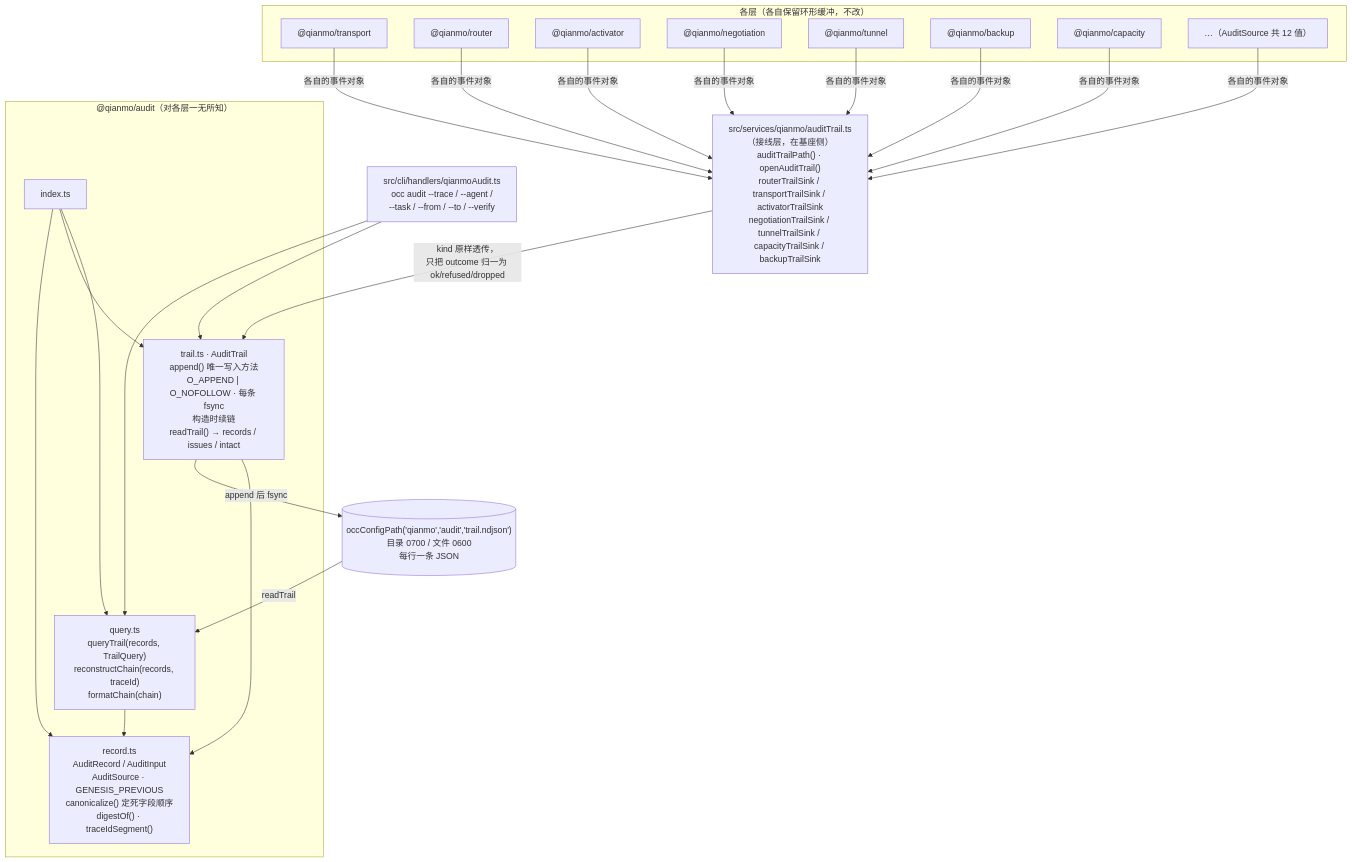
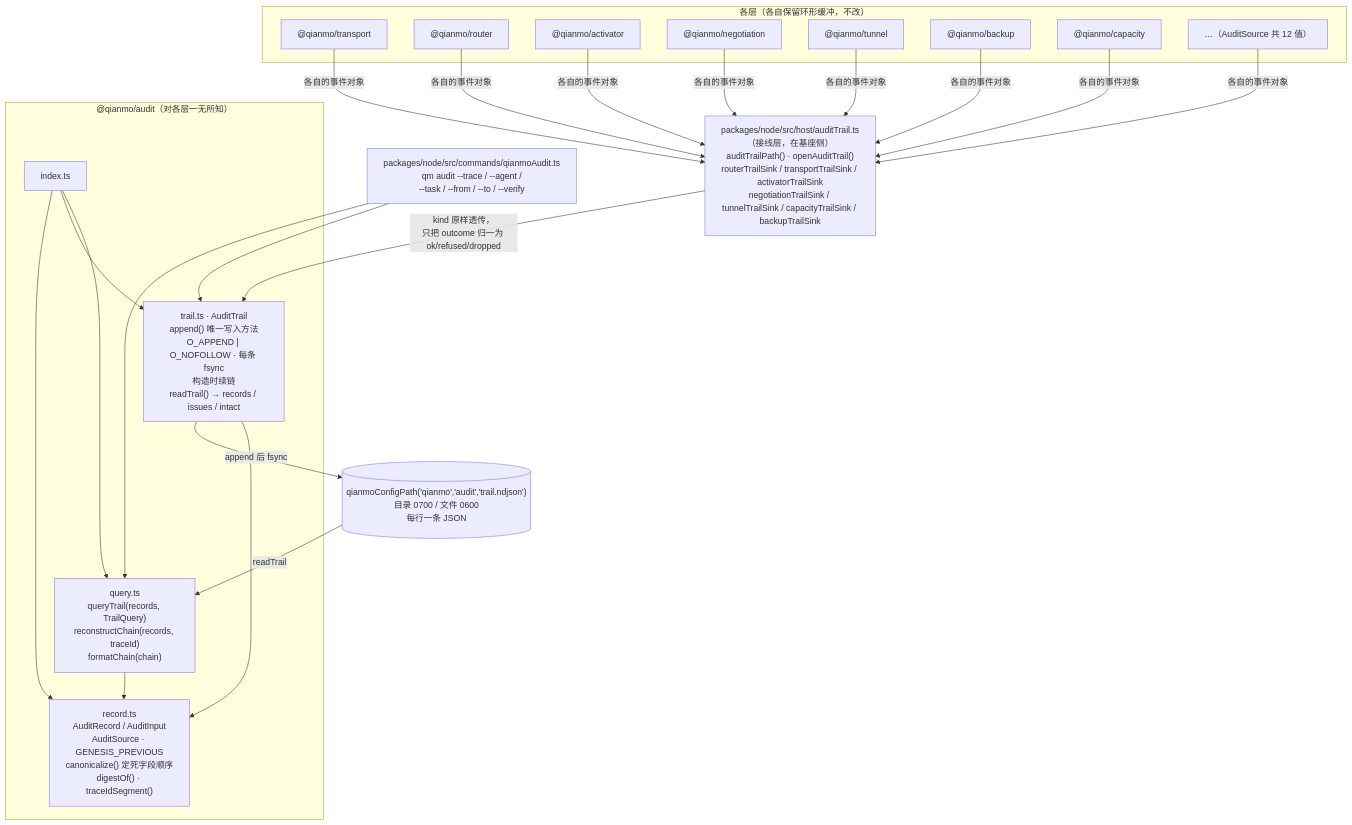
One commit to sweetcornna/atlas changed the diagram in atlas/packages/audit/README.md. Above: the diagram before and after it, drawn with Mermaid. The commit also changed other lines of this file and 128 other files, not shown here.

````diff
--- a/atlas/packages/audit/README.md
+++ b/atlas/packages/audit/README.md
@@ -20,37 +20,37 @@
 ```mermaid
 flowchart TB
   subgraph layers["各层（各自保留环形缓冲，不改）"]
     l1["@qianmo/transport"]
     l2["@qianmo/router"]
     l3["@qianmo/activator"]
     l4["@qianmo/negotiation"]
     l5["@qianmo/tunnel"]
     l6["@qianmo/backup"]
     l7["@qianmo/capacity"]
     l8["…（AuditSource 共 12 值）"]
   end
 
-  wiring["src/services/qianmo/auditTrail.ts（接线层，在基座侧）<br/>auditTrailPath() · openAuditTrail()<br/>routerTrailSink / transportTrailSink / activatorTrailSink<br/>negotiationTrailSink / tunnelTrailSink / capacityTrailSink / backupTrailSink"]
+  wiring["packages/node/src/host/auditTrail.ts（接线层，在基座侧）<br/>auditTrailPath() · openAuditTrail()<br/>routerTrailSink / transportTrailSink / activatorTrailSink<br/>negotiationTrailSink / tunnelTrailSink / capacityTrailSink / backupTrailSink"]
 
   subgraph pkg["@qianmo/audit（对各层一无所知）"]
     index["index.ts"]
     record["record.ts<br/>AuditRecord / AuditInput<br/>AuditSource · GENESIS_PREVIOUS<br/>canonicalize() 定死字段顺序<br/>digestOf() · traceIdSegment()"]
     trail["trail.ts · AuditTrail<br/>append() 唯一写入方法<br/>O_APPEND | O_NOFOLLOW · 每条 fsync<br/>构造时续链<br/>readTrail() → records / issues / intact"]
     query["query.ts<br/>queryTrail(records, TrailQuery)<br/>reconstructChain(records, traceId)<br/>formatChain(chain)"]
   end
 
-  file[("occConfigPath('qianmo','audit','trail.ndjson')<br/>目录 0700 / 文件 0600<br/>每行一条 JSON")]
-  cli["src/cli/handlers/qianmoAudit.ts<br/>occ audit --trace / --agent /<br/>--task / --from / --to / --verify"]
+  file[("qianmoConfigPath('qianmo','audit','trail.ndjson')<br/>目录 0700 / 文件 0600<br/>每行一条 JSON")]
+  cli["packages/node/src/commands/qianmoAudit.ts<br/>qm audit --trace / --agent /<br/>--task / --from / --to / --verify"]
 
   l1 & l2 & l3 & l4 & l5 & l6 & l7 & l8 -->|"各自的事件对象"| wiring
   wiring -->|"kind 原样透传，<br/>只把 outcome 归一为 ok/refused/dropped"| trail
   trail -->|"append 后 fsync"| file
   file -->|"readTrail"| query
   index --> record
   index --> trail
   index --> query
   trail --> record
   query --> record
   cli --> query
   cli --> trail
 ```
````
